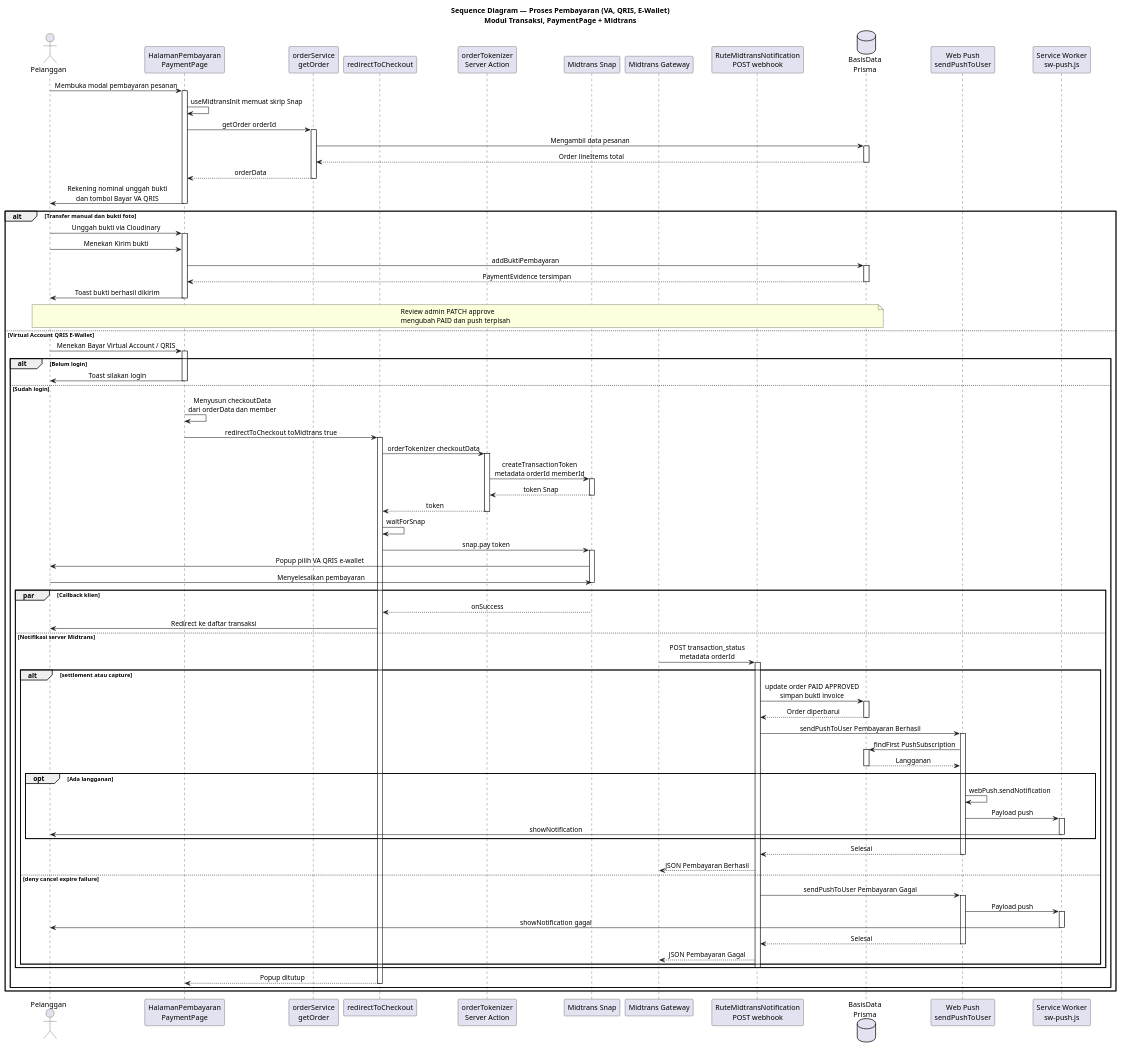
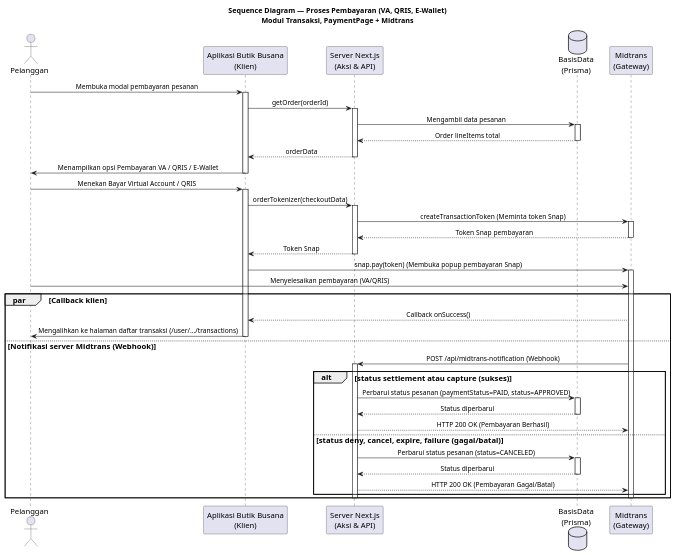
One commit to afridho-ikhsan/butik-busana changed the diagram in diagrams/skripsi-proses-pembayaran-sequence.puml. Above: the diagram before and after it, drawn with PlantUML. The commit also changed 36 other files, not shown here.

Commit message:
refactor: remove push notification logic from order cancellation flows and update sequence diagrams with standardized styling

```diff
--- a/diagrams/skripsi-proses-pembayaran-sequence.puml
+++ b/diagrams/skripsi-proses-pembayaran-sequence.puml
@@ -1,124 +1,72 @@
 @startuml skripsi_proses_pembayaran_sequence
 title Sequence Diagram — Proses Pembayaran (VA, QRIS, E-Wallet)\nModul Transaksi, PaymentPage + Midtrans
 
 skinparam SequenceMessageAlign center
 skinparam responseMessageBelowArrow true
+skinparam ParticipantPadding 15
+skinparam BoxPadding 15
+skinparam DefaultFontSize 15
+skinparam ArrowFontSize 13
+skinparam ParticipantFontSize 15
 
 actor Pelanggan as pengguna
-participant "HalamanPembayaran\nPaymentPage" as halaman
-participant "orderService\ngetOrder" as orderSvc
-participant "redirectToCheckout" as checkout
-participant "orderTokenizer\nServer Action" as tokenizer
-participant "Midtrans Snap" as snap
-participant "Midtrans Gateway" as midtrans
-participant "RuteMidtransNotification\nPOST webhook" as webhook
-database "BasisData\nPrisma" as db
-participant "Web Push\nsendPushToUser" as push
-participant "Service Worker\nsw-push.js" as sw
+participant "Aplikasi Butik Busana\n(Klien)" as klien
+participant "Server Next.js\n(Aksi & API)" as server
+database "BasisData\n(Prisma)" as db
+participant "Midtrans\n(Gateway)" as midtrans
 
-pengguna -> halaman: Membuka modal pembayaran pesanan
-activate halaman
-halaman -> halaman: useMidtransInit memuat skrip Snap
-halaman -> orderSvc: getOrder orderId
-activate orderSvc
-orderSvc -> db: Mengambil data pesanan
+pengguna -> klien: Membuka modal pembayaran pesanan
+activate klien
+klien -> server: getOrder(orderId)
+activate server
+server -> db: Mengambil data pesanan
 activate db
-db --> orderSvc: Order lineItems total
+db --> server: Order lineItems total
 deactivate db
-orderSvc --> halaman: orderData
-deactivate orderSvc
-halaman -> pengguna: Rekening nominal unggah bukti\ndan tombol Bayar VA QRIS
-deactivate halaman
+server --> klien: orderData
+deactivate server
+klien -> pengguna: Menampilkan opsi Pembayaran VA / QRIS / E-Wallet
+deactivate klien
 
-alt Transfer manual dan bukti foto
-  pengguna -> halaman: Unggah bukti via Cloudinary
-  activate halaman
-  pengguna -> halaman: Menekan Kirim bukti
-  halaman -> db: addBuktiPembayaran
-  activate db
-  db --> halaman: PaymentEvidence tersimpan
-  deactivate db
-  halaman -> pengguna: Toast bukti berhasil dikirim
-  deactivate halaman
-  note over pengguna, db
-    Review admin PATCH approve
-    mengubah PAID dan push terpisah
-  end note
-else Virtual Account QRIS E-Wallet
-  pengguna -> halaman: Menekan Bayar Virtual Account / QRIS
-  activate halaman
+pengguna -> klien: Menekan Bayar Virtual Account / QRIS
+activate klien
 
-  alt Belum login
-    halaman -> pengguna: Toast silakan login
-    deactivate halaman
-  else Sudah login
-    halaman -> halaman: Menyusun checkoutData\ndari orderData dan member
-    halaman -> checkout: redirectToCheckout toMidtrans true
-    activate checkout
+klien -> server: orderTokenizer(checkoutData)
+activate server
+server -> midtrans: createTransactionToken (Meminta token Snap)
+activate midtrans
+midtrans --> server: Token Snap pembayaran
+deactivate midtrans
+server --> klien: Token Snap
+deactivate server
 
-    checkout -> tokenizer: orderTokenizer checkoutData
-    activate tokenizer
-    tokenizer -> snap: createTransactionToken\nmetadata orderId memberId
-    activate snap
-    snap --> tokenizer: token Snap
-    deactivate snap
-    tokenizer --> checkout: token
-    deactivate tokenizer
+klien -> midtrans: snap.pay(token) (Membuka popup pembayaran Snap)
+activate midtrans
+pengguna -> midtrans: Menyelesaikan pembayaran (VA/QRIS)
 
-    checkout -> checkout: waitForSnap
-    checkout -> snap: snap.pay token
-    activate snap
-    snap -> pengguna: Popup pilih VA QRIS e-wallet
-    pengguna -> snap: Menyelesaikan pembayaran
-    deactivate snap
+par Callback klien
+  midtrans --> klien: Callback onSuccess()
+  klien -> pengguna: Mengalihkan ke halaman daftar transaksi (/user/.../transactions)
+  deactivate klien
+else Notifikasi server Midtrans (Webhook)
+  midtrans -> server: POST /api/midtrans-notification (Webhook)
+  activate server
 
-    par Callback klien
-      snap --> checkout: onSuccess
-      checkout -> pengguna: Redirect ke daftar transaksi
-    else Notifikasi server Midtrans
-      midtrans -> webhook: POST transaction_status\nmetadata orderId
-      activate webhook
-
-      alt settlement atau capture
-        webhook -> db: update order PAID APPROVED\nsimpan bukti invoice
-        activate db
-        db --> webhook: Order diperbarui
-        deactivate db
-
-        webhook -> push: sendPushToUser Pembayaran Berhasil
-        activate push
-        push -> db: findFirst PushSubscription
-        activate db
-        db --> push: Langganan
-        deactivate db
-        opt Ada langganan
-          push -> push: webPush.sendNotification
-          push -> sw: Payload push
-          activate sw
-          sw -> pengguna: showNotification
-          deactivate sw
-        end
-        push --> webhook: Selesai
-        deactivate push
-        webhook --> midtrans: JSON Pembayaran Berhasil
-      else deny cancel expire failure
-        webhook -> push: sendPushToUser Pembayaran Gagal
-        activate push
-        push -> sw: Payload push
-        activate sw
-        sw -> pengguna: showNotification gagal
-        deactivate sw
-        push --> webhook: Selesai
-        deactivate push
-        webhook --> midtrans: JSON Pembayaran Gagal
-      end
-      deactivate webhook
-    end
-
-    checkout --> halaman: Popup ditutup
-    deactivate checkout
-    deactivate halaman
+  alt status settlement atau capture (sukses)
+    server -> db: Perbarui status pesanan (paymentStatus=PAID, status=APPROVED)
+    activate db
+    db --> server: Status diperbarui
+    deactivate db
+    server --> midtrans: HTTP 200 OK (Pembayaran Berhasil)
+  else status deny, cancel, expire, failure (gagal/batal)
+    server -> db: Perbarui status pesanan (status=CANCELED)
+    activate db
+    db --> server: Status diperbarui
+    deactivate db
+    server --> midtrans: HTTP 200 OK (Pembayaran Gagal/Batal)
   end
+  deactivate server
+  deactivate midtrans
 end
 
 @enduml
```
